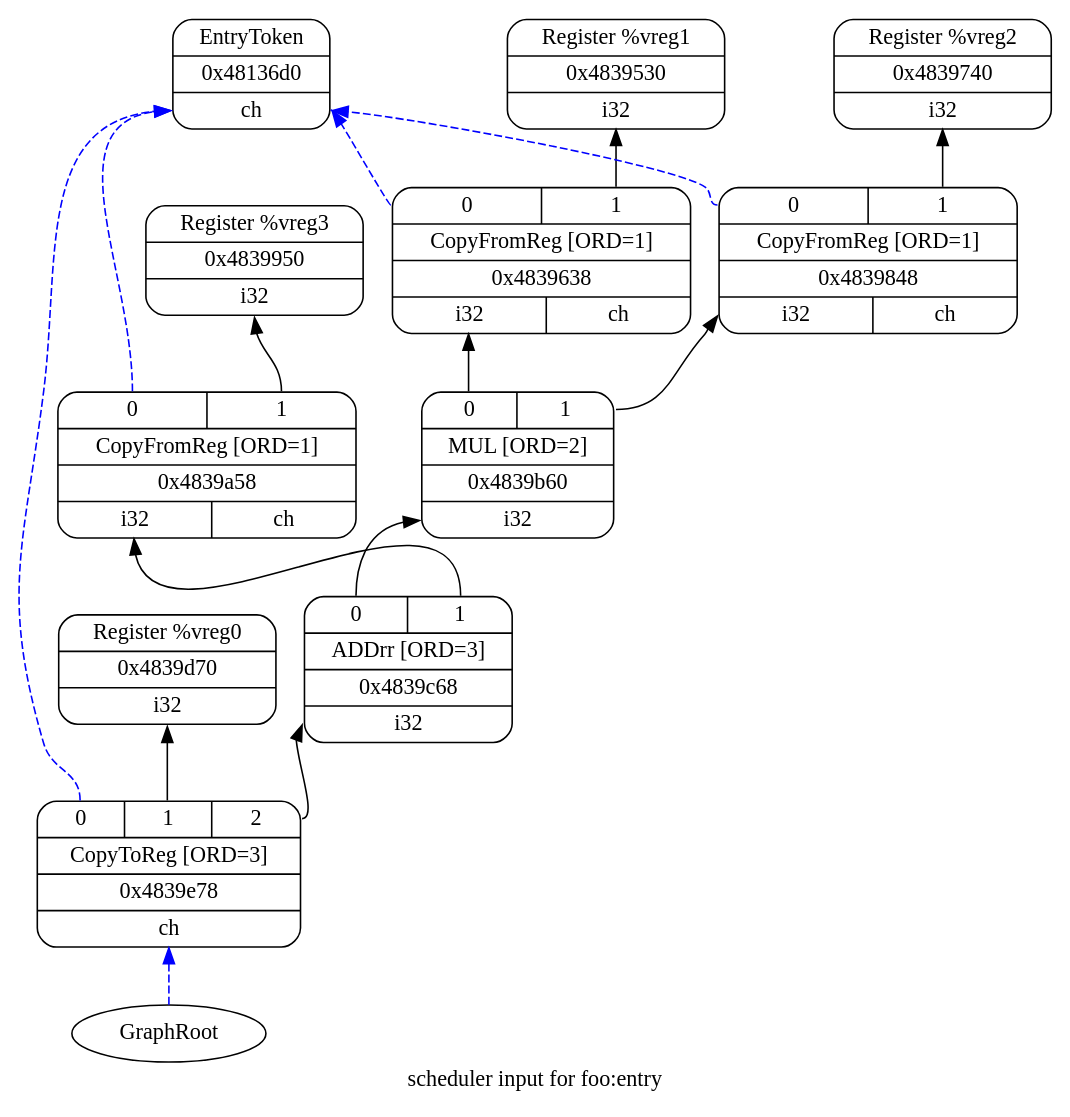
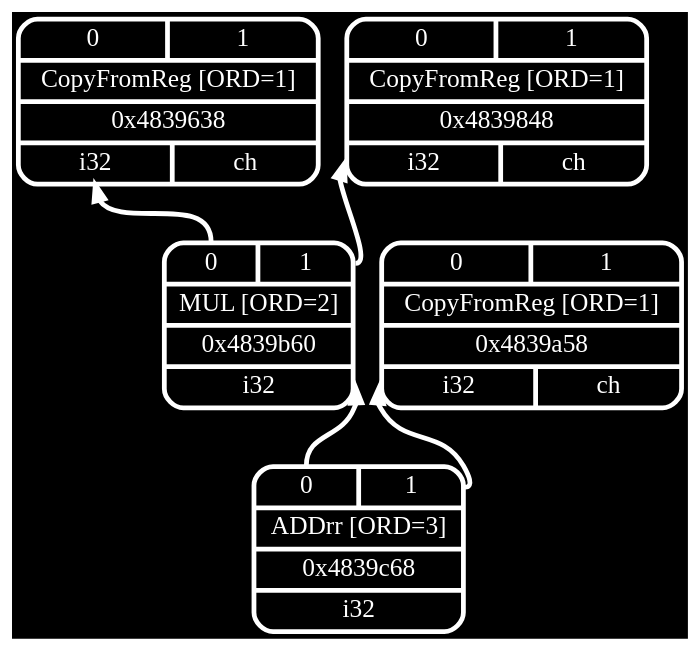
Before and after one commit to frasercrmck/llvm-leg: the diagram in docs/Codeplay/examples/ex3/ex3-post-isel-mul-add.dot, drawn with Graphviz. The commit also changed 8 other files, not shown here.

```diff
--- a/docs/Codeplay/examples/ex3/ex3-post-isel-mul-add.dot
+++ b/docs/Codeplay/examples/ex3/ex3-post-isel-mul-add.dot
@@ -1,31 +1,14 @@
 digraph "scheduler input for foo:entry" {
 	rankdir="BT";
-	label="scheduler input for foo:entry";
+	bgcolor="black";
 
-	Node0x48136d0 [shape=record,shape=Mrecord,label="{EntryToken|0x48136d0|{<d0>ch}}"];
-	Node0x4839530 [shape=record,shape=Mrecord,label="{Register %vreg1|0x4839530|{<d0>i32}}"];
-	Node0x4839740 [shape=record,shape=Mrecord,label="{Register %vreg2|0x4839740|{<d0>i32}}"];
-	Node0x4839950 [shape=record,shape=Mrecord,label="{Register %vreg3|0x4839950|{<d0>i32}}"];
-	Node0x4839d70 [shape=record,shape=Mrecord,label="{Register %vreg0|0x4839d70|{<d0>i32}}"];
-	Node0x4839638 [shape=record,shape=Mrecord,label="{{<s0>0|<s1>1}|CopyFromReg [ORD=1]|0x4839638|{<d0>i32|<d1>ch}}"];
-	Node0x4839638:s0 -> Node0x48136d0:d0[color=blue,style=dashed];
-	Node0x4839638:s1 -> Node0x4839530:d0;
-	Node0x4839848 [shape=record,shape=Mrecord,label="{{<s0>0|<s1>1}|CopyFromReg [ORD=1]|0x4839848|{<d0>i32|<d1>ch}}"];
-	Node0x4839848:s0 -> Node0x48136d0:d0[color=blue,style=dashed];
-	Node0x4839848:s1 -> Node0x4839740:d0;
-	Node0x4839a58 [shape=record,shape=Mrecord,label="{{<s0>0|<s1>1}|CopyFromReg [ORD=1]|0x4839a58|{<d0>i32|<d1>ch}}"];
-	Node0x4839a58:s0 -> Node0x48136d0:d0[color=blue,style=dashed];
-	Node0x4839a58:s1 -> Node0x4839950:d0;
-	Node0x4839b60 [shape=record,shape=Mrecord,label="{{<s0>0|<s1>1}|MUL [ORD=2]|0x4839b60|{<d0>i32}}"];
-	Node0x4839b60:s0 -> Node0x4839638:d0;
-	Node0x4839b60:s1 -> Node0x4839848:d0;
-	Node0x4839c68 [shape=record,shape=Mrecord,label="{{<s0>0|<s1>1}|ADDrr [ORD=3]|0x4839c68|{<d0>i32}}"];
-	Node0x4839c68:s0 -> Node0x4839b60:d0;
-	Node0x4839c68:s1 -> Node0x4839a58:d0;
-	Node0x4839e78 [shape=record,shape=Mrecord,label="{{<s0>0|<s1>1|<s2>2}|CopyToReg [ORD=3]|0x4839e78|{<d0>ch}}"];
-	Node0x4839e78:s0 -> Node0x48136d0:d0[color=blue,style=dashed];
-	Node0x4839e78:s1 -> Node0x4839d70:d0;
-	Node0x4839e78:s2 -> Node0x4839c68:d0;
-	Node0x0[ plaintext=circle, label ="GraphRoot"];
-	Node0x0 -> Node0x4839e78:d0[color=blue,style=dashed];
+	Node0x4839638 [shape=record,shape=Mrecord,label="{{<s0>0|<s1>1}|CopyFromReg [ORD=1]|0x4839638|{<d0>i32|<d1>ch}}",penwidth=3,color="white",fontname="Calibri",fontsize=16,fontcolor="white"];
+	Node0x4839848 [shape=record,shape=Mrecord,label="{{<s0>0|<s1>1}|CopyFromReg [ORD=1]|0x4839848|{<d0>i32|<d1>ch}}",penwidth=3,color="white",fontname="Calibri",fontsize=16,fontcolor="white"];
+	Node0x4839a58 [shape=record,shape=Mrecord,label="{{<s0>0|<s1>1}|CopyFromReg [ORD=1]|0x4839a58|{<d0>i32|<d1>ch}}",penwidth=3,color="white",fontname="Calibri",fontsize=16,fontcolor="white"];
+	Node0x4839b60 [shape=record,shape=Mrecord,label="{{<s0>0|<s1>1}|MUL [ORD=2]|0x4839b60|{<d0>i32}}",penwidth=3,color="white",fontname="Calibri",fontsize=16,fontcolor="white"];
+	Node0x4839b60:s0 -> Node0x4839638:d0[penwidth=3,color="white",fontname="Calibri",fontsize=16,fontcolor="white"];
+	Node0x4839b60:s1 -> Node0x4839848:d0[penwidth=3,color="white",fontname="Calibri",fontsize=16,fontcolor="white"];
+	Node0x4839c68 [shape=record,shape=Mrecord,label="{{<s0>0|<s1>1}|ADDrr [ORD=3]|0x4839c68|{<d0>i32}}",penwidth=3,color="white",fontname="Calibri",fontsize=16,fontcolor="white"];
+	Node0x4839c68:s0 -> Node0x4839b60:d0[penwidth=3,color="white",fontname="Calibri",fontsize=16,fontcolor="white"];
+	Node0x4839c68:s1 -> Node0x4839a58:d0[penwidth=3,color="white",fontname="Calibri",fontsize=16,fontcolor="white"];
 }
```
